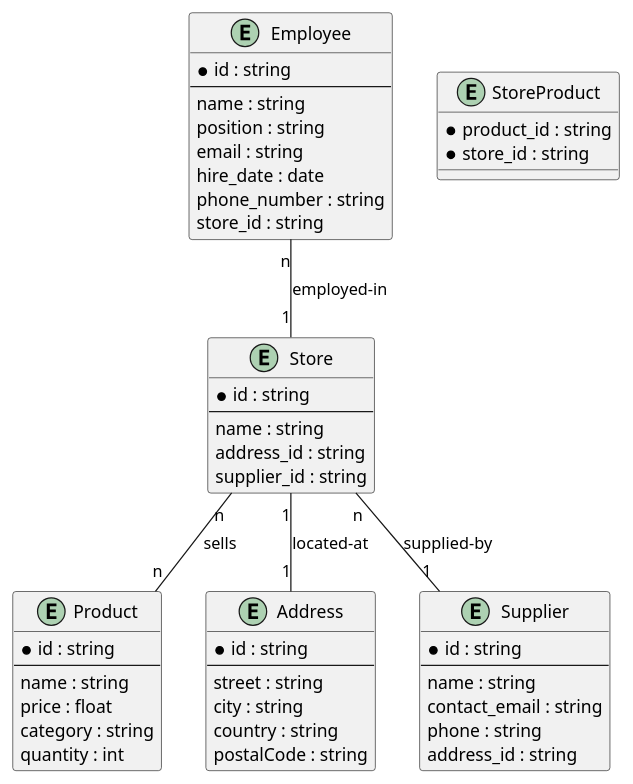
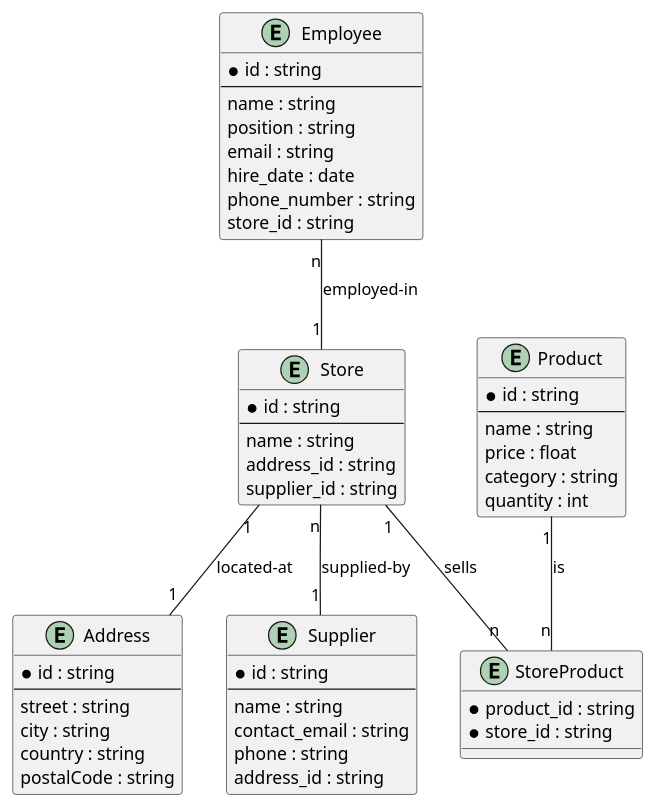
One commit to marius-a-mueller/avg-datenintegration changed the diagram in en/en.plantuml. Above: the diagram before and after it, drawn with PlantUML.

Commit message:
StoreProduct Relationen hinzugefügt

```diff
--- a/en/en.plantuml
+++ b/en/en.plantuml
@@ -1,58 +1,59 @@
 @startuml en
 
 entity Employee {
   *id : string
   --
   name : string
   position : string
   email : string
   hire_date : date
   phone_number : string
   store_id : string
 }
 
 entity Product {
   *id : string
   --
   name : string
   price : float
   category : string
   quantity : int
 }
 
 entity StoreProduct {
   *product_id : string
   *store_id : string
 }
 
 entity Store {
   *id : string
   --
   name : string
   address_id : string
   supplier_id : string
 }
 
 entity Address {
   *id : string
   --
   street : string
   city : string
   country : string
   postalCode : string
 }
 
 entity Supplier {
   *id : string
   --
   name : string
   contact_email : string
   phone : string
   address_id : string
 }
 
 Employee "n" -- "1" Store : employed-in
 Store "1" -- "1" Address : located-at
 Store "n" -- "1" Supplier : supplied-by
-Store "n" -- "n" Product : sells
+Store "1" -- "n" StoreProduct : sells
+Product "1" -- "n" StoreProduct : is
 @enduml
```
